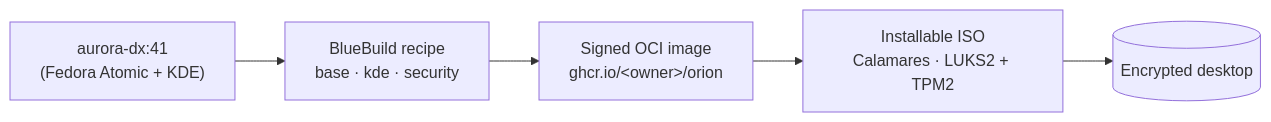
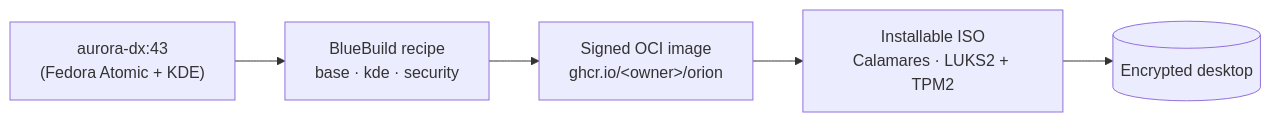
One commit to Gauthambinoy20/Orion-OS changed the diagram in README.md. Above: the diagram before and after it, drawn with Mermaid. The commit also changed other lines of this file and 5 other files, not shown here.

First line of the commit message:
fix: pin base image to aurora-dx:43

````diff
--- a/README.md
+++ b/README.md
@@ -49,7 +49,7 @@
 ```mermaid
 flowchart LR
-    aurora["aurora-dx:41<br/>(Fedora Atomic + KDE)"] --> recipe["BlueBuild recipe<br/>base · kde · security"]
+    aurora["aurora-dx:43<br/>(Fedora Atomic + KDE)"] --> recipe["BlueBuild recipe<br/>base · kde · security"]
     recipe --> oci["Signed OCI image<br/>ghcr.io/&lt;owner&gt;/orion"]
     oci --> iso["Installable ISO<br/>Calamares · LUKS2 + TPM2"]
     iso --> disk[("Encrypted desktop")]
 ```
````
